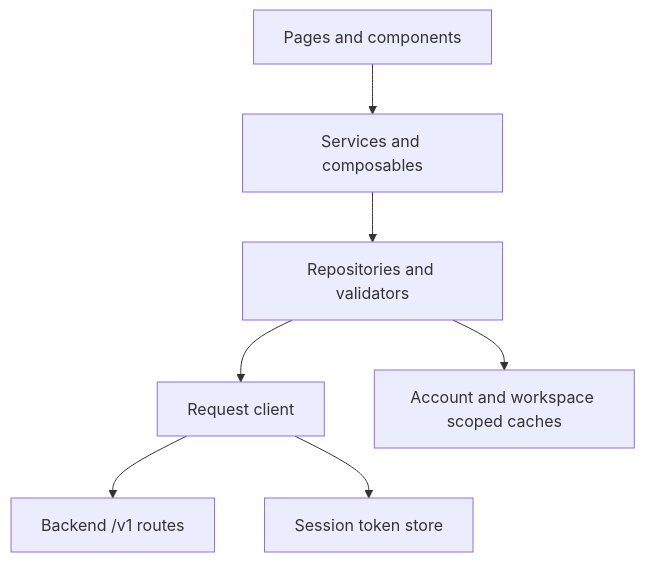
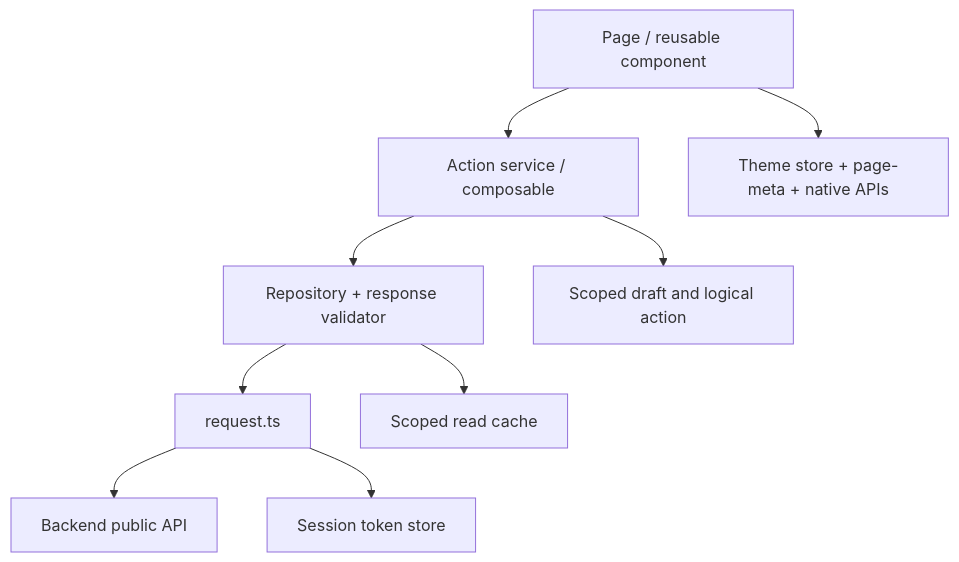
One commit to Orientation-CD/docs changed the first of 2 diagrams in frontend/architecture.md. Above: the diagram before and after it, drawn with Mermaid. The commit also changed other lines of this file and 187 other files, not shown here.

````diff
--- a/frontend/architecture.md
+++ b/frontend/architecture.md
@@ -5,9 +5,11 @@
 ```mermaid
 flowchart TB
-  P[Pages and components] --> S[Services and composables]
-  S --> R[Repositories and validators]
-  R --> H[Request client]
-  H --> API[Backend /v1 routes]
+  U[Page / reusable component] --> S[Action service / composable]
+  S --> R[Repository + response validator]
+  R --> H[request.ts]
+  H --> API[Backend public API]
   H --> T[Session token store]
-  R --> C[Account and workspace scoped caches]
+  S --> D[Scoped draft and logical action]
+  R --> C[Scoped read cache]
+  U --> TH[Theme store + page-meta + native APIs]
 ```
````
